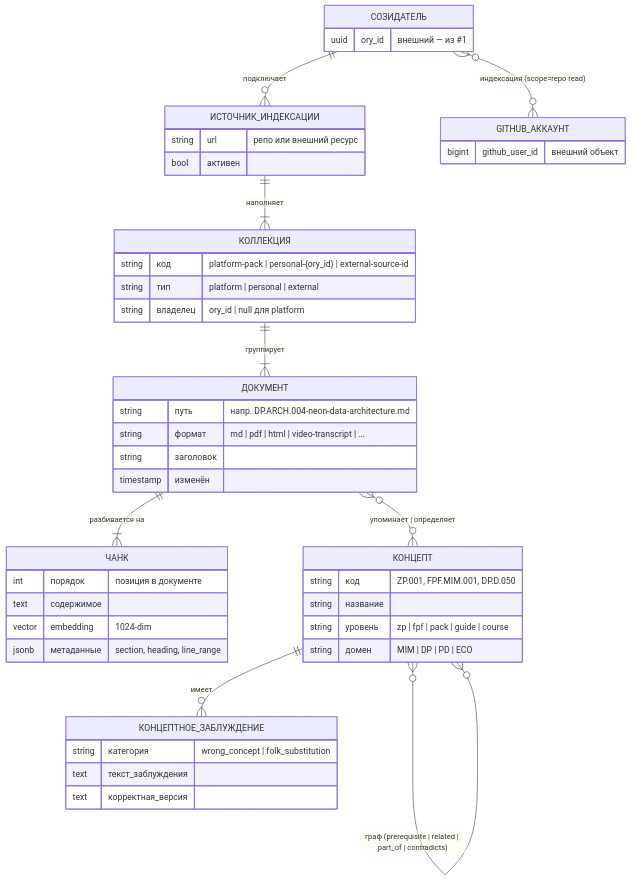
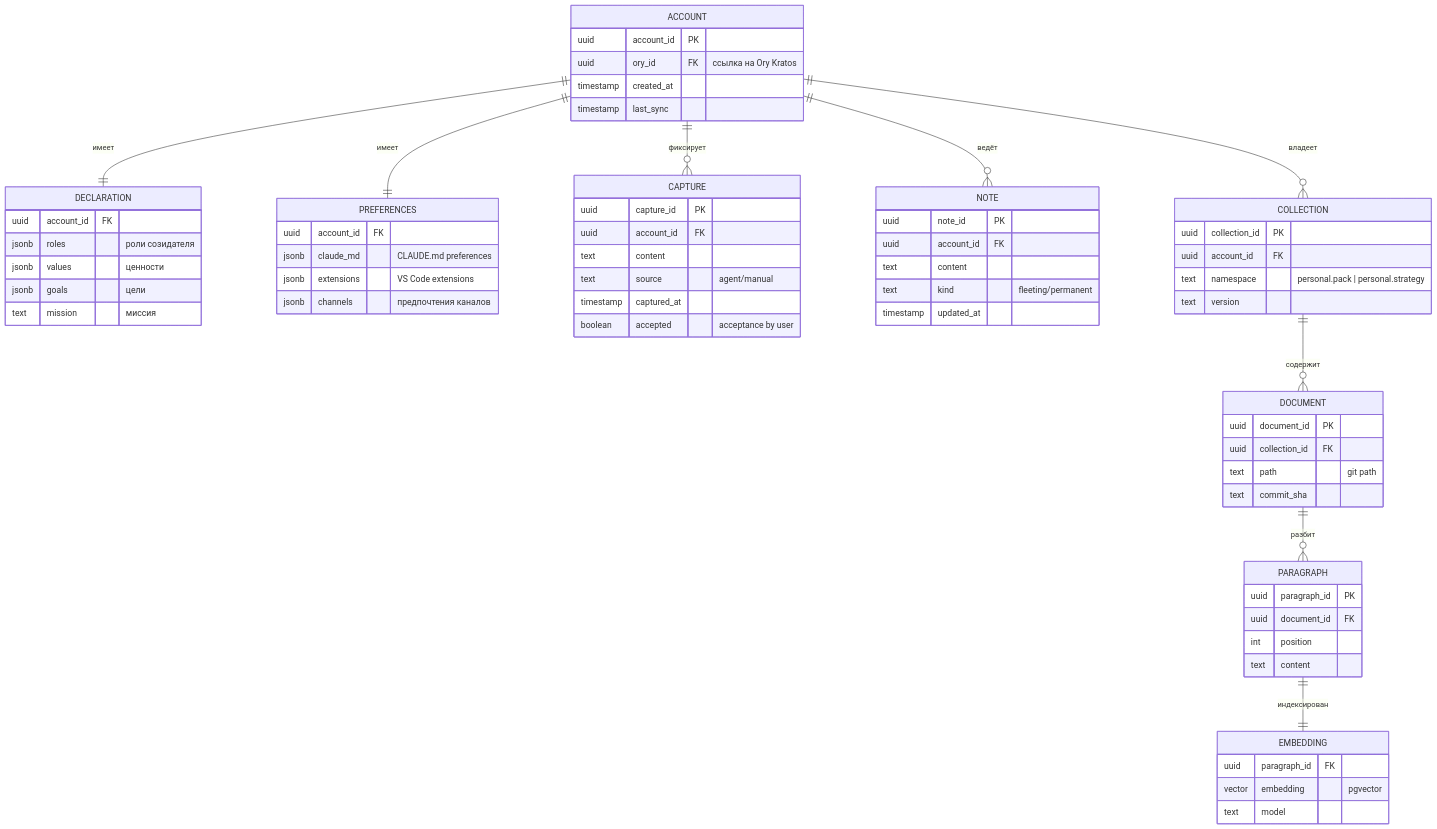
Before and after one commit to TserenTserenov/PACK-digital-platform: the second of 17 diagrams in pack/digital-platform/02-domain-entities/DP.ARCH.004-neon-data-architecture.md, drawn with Mermaid. The commit also changed other lines of this file and 29 other files, not shown here.

````diff
--- a/pack/digital-platform/02-domain-entities/DP.ARCH.004-neon-data-architecture.md
+++ b/pack/digital-platform/02-domain-entities/DP.ARCH.004-neon-data-architecture.md
@@ -367,50 +315,69 @@
 ```mermaid
 erDiagram
-    КОЛЛЕКЦИЯ ||--|{ ДОКУМЕНТ : "группирует"
-    ДОКУМЕНТ ||--|{ ЧАНК : "разбивается на"
-    ДОКУМЕНТ }o--o{ КОНЦЕПТ : "упоминает | определяет"
-    КОНЦЕПТ }o--o{ КОНЦЕПТ : "граф (prerequisite | related | part_of | contradicts)"
-    КОНЦЕПТ ||--o{ КОНЦЕПТНОЕ_ЗАБЛУЖДЕНИЕ : "имеет"
-    СОЗИДАТЕЛЬ ||--o{ ИСТОЧНИК_ИНДЕКСАЦИИ : "подключает"
-    ИСТОЧНИК_ИНДЕКСАЦИИ ||--|{ КОЛЛЕКЦИЯ : "наполняет"
-    СОЗИДАТЕЛЬ }o--o{ GITHUB_АККАУНТ : "индексация (scope=repo read)"
+    ACCOUNT ||--|| DECLARATION : "имеет"
+    ACCOUNT ||--|| PREFERENCES : "имеет"
+    ACCOUNT ||--o{ CAPTURE : "фиксирует"
+    ACCOUNT ||--o{ NOTE : "ведёт"
+    ACCOUNT ||--o{ COLLECTION : "владеет"
+    COLLECTION ||--o{ DOCUMENT : "содержит"
+    DOCUMENT ||--o{ PARAGRAPH : "разбит"
+    PARAGRAPH ||--|| EMBEDDING : "индексирован"
 
-    КОЛЛЕКЦИЯ {
-        string код "platform-pack | personal-{ory_id} | external-source-id"
-        string тип "platform | personal | external"
-        string владелец "ory_id | null для platform"
+    ACCOUNT {
+        uuid account_id PK
+        uuid ory_id FK "ссылка на Ory Kratos"
+        timestamp created_at
+        timestamp last_sync
     }
-    ДОКУМЕНТ {
-        string путь "напр. DP.ARCH.004-neon-data-architecture.md"
-        string формат "md | pdf | html | video-transcript | ..."
-        string заголовок
-        timestamp изменён
+    DECLARATION {
+        uuid account_id FK
+        jsonb roles "роли созидателя"
+        jsonb values "ценности"
+        jsonb goals "цели"
+        text mission "миссия"
     }
-    ЧАНК {
-        int порядок "позиция в документе"
-        text содержимое
-        vector embedding "1024-dim"
-        jsonb метаданные "section, heading, line_range"
+    PREFERENCES {
+        uuid account_id FK
+        jsonb claude_md "CLAUDE.md preferences"
+        jsonb extensions "VS Code extensions"
+        jsonb channels "предпочтения каналов"
     }
-    КОНЦЕПТ {
-        string код "ZP.001, FPF.MIM.001, DP.D.050"
-        string название
-        string уровень "zp | fpf | pack | guide | course"
-        string домен "MIM | DP | PD | ECO"
+    CAPTURE {
+        uuid capture_id PK
+        uuid account_id FK
+        text content
+        text source "agent/manual"
+        timestamp captured_at
+        boolean accepted "acceptance by user"
     }
-    КОНЦЕПТНОЕ_ЗАБЛУЖДЕНИЕ {
-        string категория "wrong_concept | folk_substitution"
-        text текст_заблуждения
-        text корректная_версия
+    NOTE {
+        uuid note_id PK
+        uuid account_id FK
+        text content
+        text kind "fleeting/permanent"
+        timestamp updated_at
     }
-    ИСТОЧНИК_ИНДЕКСАЦИИ {
-        string url "репо или внешний ресурс"
-        bool активен
+    COLLECTION {
+        uuid collection_id PK
+        uuid account_id FK
+        text namespace "personal.pack | personal.strategy"
+        text version
     }
-    СОЗИДАТЕЛЬ {
-        uuid ory_id "внешний — из #1"
+    DOCUMENT {
+        uuid document_id PK
+        uuid collection_id FK
+        text path "git path"
+        text commit_sha
     }
-    GITHUB_АККАУНТ {
-        bigint github_user_id "внешний объект"
+    PARAGRAPH {
+        uuid paragraph_id PK
+        uuid document_id FK
+        int position
+        text content
+    }
+    EMBEDDING {
+        uuid paragraph_id FK
+        vector embedding "pgvector"
+        text model
     }
 ```
````
